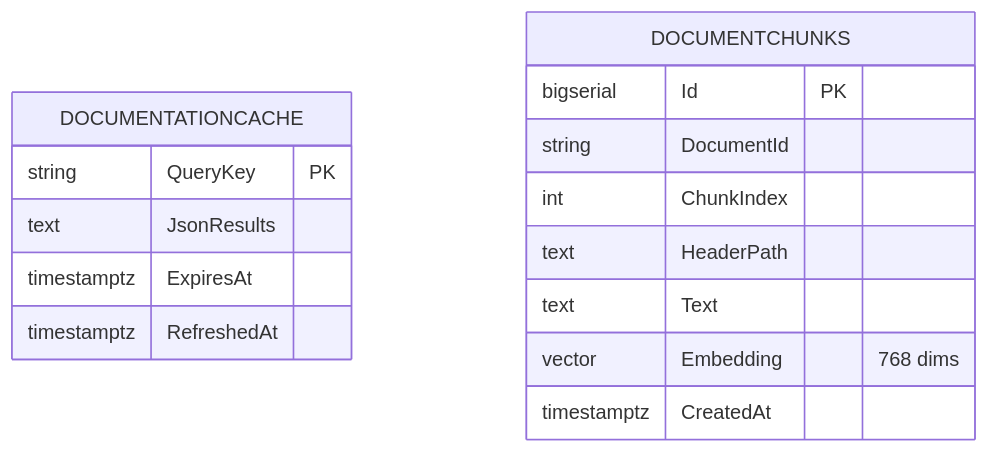
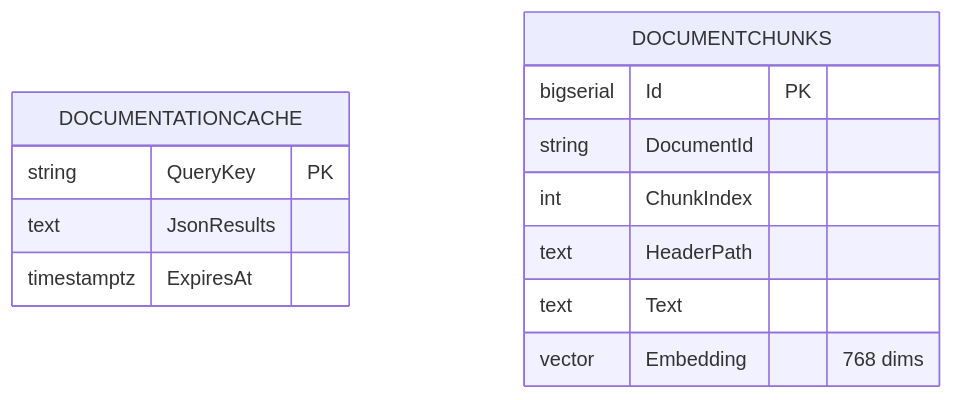
Before and after one commit to Dockdep/LessonHub: the second of 2 diagrams in diagrams/03-database.md, drawn with Mermaid. The commit also changed other lines of this file and 36 other files, not shown here.

````diff
--- a/diagrams/03-database.md
+++ b/diagrams/03-database.md
@@ -221,18 +121,16 @@
 ```mermaid
 erDiagram
   DOCUMENTATIONCACHE {
     string QueryKey PK
     text JsonResults
     timestamptz ExpiresAt
-    timestamptz RefreshedAt
   }
   DOCUMENTCHUNKS {
     bigserial Id PK
     string DocumentId
     int ChunkIndex
     text HeaderPath
     text Text
     vector Embedding "768 dims"
-    timestamptz CreatedAt
   }
 ```
````
